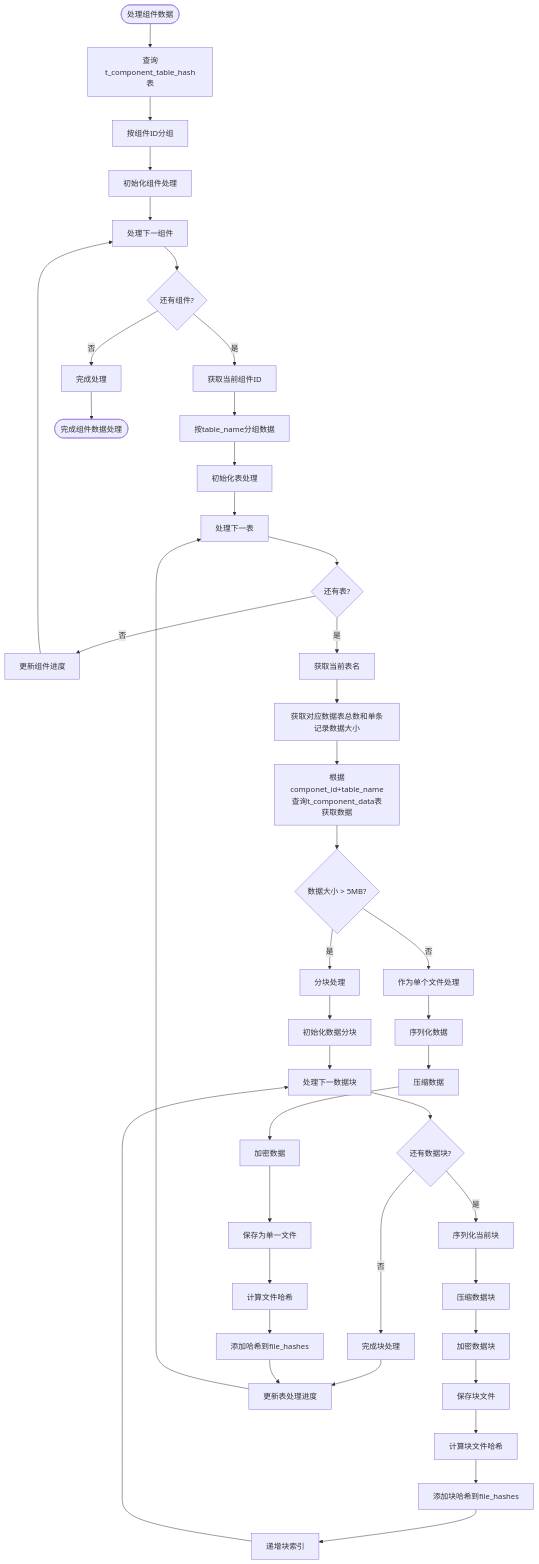
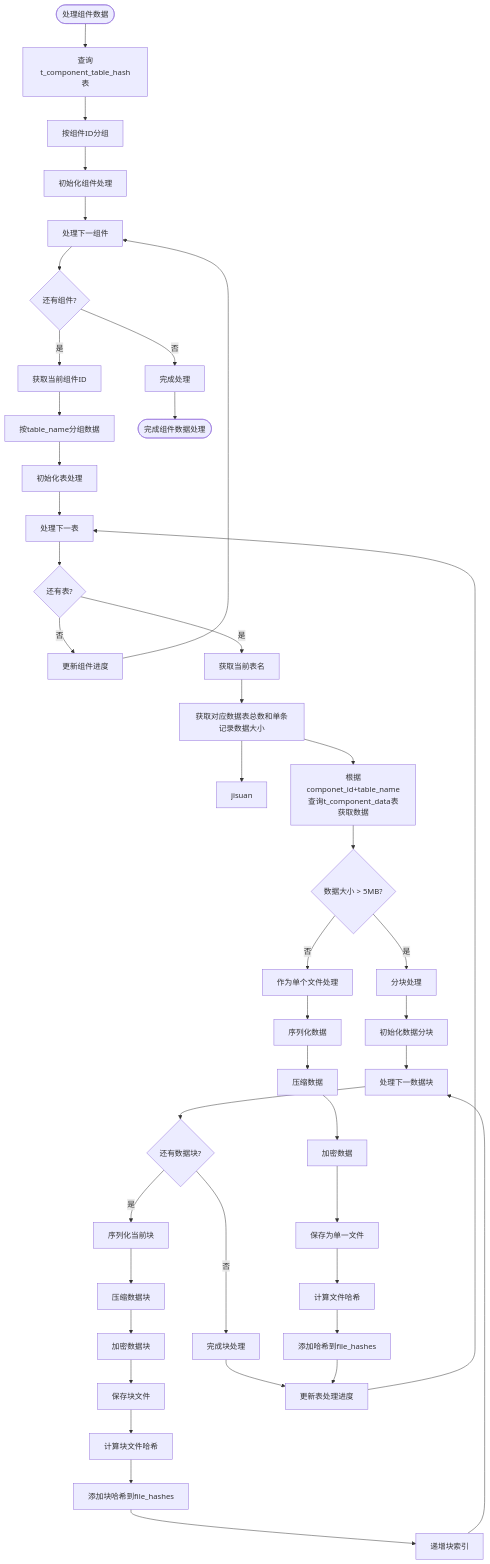
One commit to yingjianzh/iodraw-files changed the diagram in all/未命名-56.md. Above: the diagram before and after it, drawn with Mermaid.

Commit message:
2025-05-12 14:28:54 update

````diff
--- a/all/未命名-56.md
+++ b/all/未命名-56.md
@@ -1,59 +1,59 @@
 ```mermaid
 
 flowchart TD
     Start([处理组件数据]) --> QueryDB[查询t_component_table_hash表]
     QueryDB --> GroupByComp[按组件ID分组]
     GroupByComp --> InitCompProcess[初始化组件处理]
     
     InitCompProcess --> ProcessNextComp[处理下一组件]
     ProcessNextComp --> MoreComps{还有组件?}
     MoreComps -->|否| CompleteProcess[完成处理]
     MoreComps -->|是| GetCompID[获取当前组件ID]
     
     GetCompID --> GroupByTable[按table_name分组数据]
     GroupByTable --> InitTableProcess[初始化表处理]
     
     InitTableProcess --> ProcessNextTable[处理下一表]
     ProcessNextTable --> MoreTables{还有表?}
     MoreTables -->|否| UpdateCompProgress[更新组件进度]
     MoreTables -->|是| GetTableName[获取当前表名]
     
     UpdateCompProgress --> ProcessNextComp
     
     GetTableName --> CheckDataSize[获取对应数据表总数和单条记录数据大小]
-    
+    CheckDataSize --> jisuan
     CheckDataSize --> QueryTableData[根据componet_id+table_name查询t_component_data表获取数据]
     QueryTableData --> DataSize{数据大小 > 5MB?}
     
     DataSize -->|否| ProcessSingleFile[作为单个文件处理]
     DataSize -->|是| ProcessMultipleChunks[分块处理]
     
     ProcessSingleFile --> SerializeData[序列化数据]
     SerializeData --> CompressData[压缩数据]
     CompressData --> EncryptData[加密数据]
     EncryptData --> SaveSingleFile[保存为单一文件]
     SaveSingleFile --> CalcFileHash[计算文件哈希]
     CalcFileHash --> AddToFileHashes[添加哈希到file_hashes]
 
     ProcessMultipleChunks --> InitChunks[初始化数据分块]
     InitChunks --> ProcessNextChunk[处理下一数据块]
     
     ProcessNextChunk --> MoreChunks{还有数据块?}
     MoreChunks -->|否| CompleteChunks[完成块处理]
     MoreChunks -->|是| SerializeChunk[序列化当前块]
     
     SerializeChunk --> CompressChunk[压缩数据块]
     CompressChunk --> EncryptChunk[加密数据块]
     EncryptChunk --> SaveChunkFile[保存块文件]
     SaveChunkFile --> CalcChunkHash[计算块文件哈希]
     CalcChunkHash --> AddChunkHash[添加块哈希到file_hashes]
     AddChunkHash --> IncrementChunkIndex[递增块索引]
     IncrementChunkIndex --> ProcessNextChunk
     
     CompleteChunks --> UpdateTableProgress[更新表处理进度]
     AddToFileHashes --> UpdateTableProgress
     UpdateTableProgress --> ProcessNextTable
     
     CompleteProcess --> End([完成组件数据处理])
 
 ```
````
